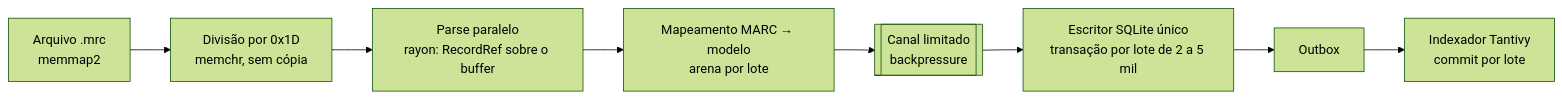
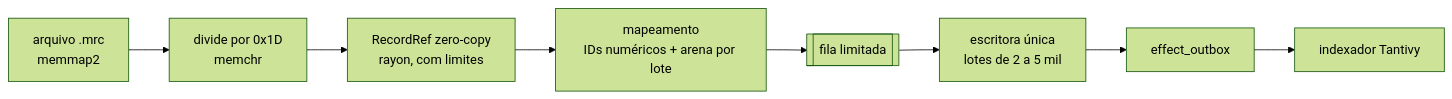
One commit to PauloFBaldiFH/Atrium changed the second of 4 diagrams in docs/arquitetura/03-estrategia-reconstrucao.md. Above: the diagram before and after it, drawn with Mermaid (forest theme). The commit also changed other lines of this file and 1 other file, not shown here.

````diff
--- a/docs/arquitetura/03-estrategia-reconstrucao.md
+++ b/docs/arquitetura/03-estrategia-reconstrucao.md
@@ -179,9 +126,9 @@
 ```mermaid
 flowchart LR
-    F["Arquivo .mrc<br/>memmap2"] --> SPL["Divisão por 0x1D<br/>memchr, sem cópia"]
-    SPL --> PAR["Parse paralelo<br/>rayon: RecordRef sobre o buffer"]
-    PAR --> MAP["Mapeamento MARC → modelo<br/>arena por lote"]
-    MAP --> CH[["Canal limitado<br/>backpressure"]]
-    CH --> W["Escritor SQLite único<br/>transação por lote de 2 a 5 mil"]
-    W --> OUT["Outbox"] --> IDX["Indexador Tantivy<br/>commit por lote"]
+    F["arquivo .mrc<br/>memmap2"] --> S["divide por 0x1D<br/>memchr"]
+    S --> P["RecordRef zero-copy<br/>rayon, com limites"]
+    P --> M["mapeamento<br/>IDs numéricos + arena por lote"]
+    M --> Q[["fila limitada"]]
+    Q --> W["escritora única<br/>lotes de 2 a 5 mil"]
+    W --> O["effect_outbox"] --> I["indexador Tantivy"]
 ```
````
